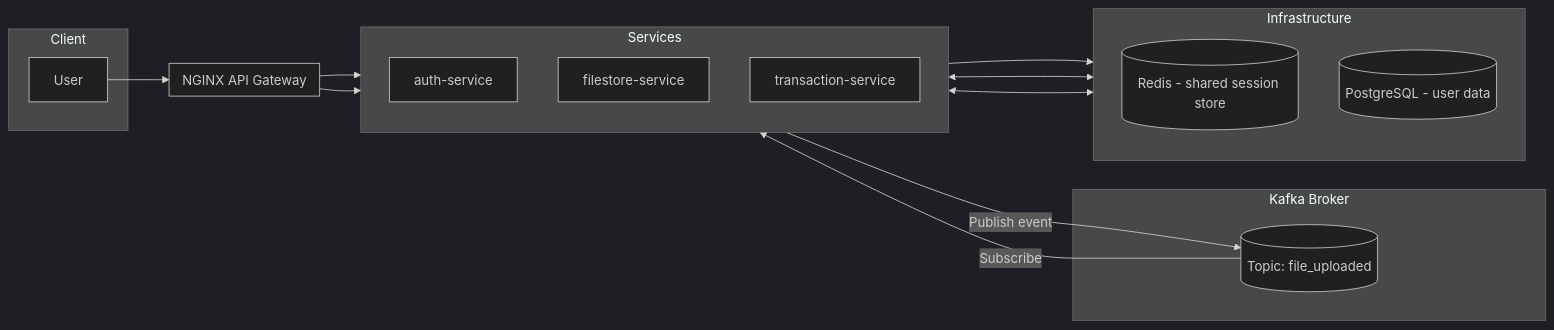
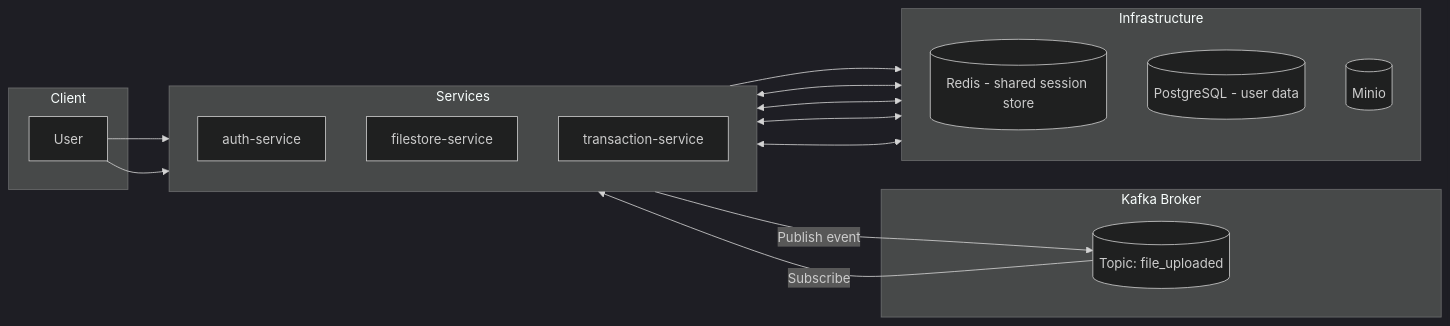
The diagram in README.MD (adjustmode1/bank-reconciliation-system), drawn with Mermaid (dark theme) before and after one commit. The commit also changed 1 other file, not shown here.

````diff
--- a/README.MD
+++ b/README.MD
@@ -1,43 +1,41 @@
 ```mermaid
 flowchart LR
     %% Top layer: Kafka
     subgraph Kafka["Kafka Broker"]
         K[(Topic: file_uploaded)]
     end
 
     %% Middle layer: Client + Gateway + Services
     subgraph Client
         U[User]
-    end
-
-    subgraph Gateway["NGINX API Gateway"]
-        direction TB
     end
 
     subgraph Services
         direction TB
         A[auth-service]
         F[filestore-service]
         T[transaction-service]
     end
 
     %% Bottom layer: Infrastructure
     subgraph Infra["Infrastructure"]
         direction TB
         R[(Redis - shared session store)]
         P[(PostgreSQL - user data)]
+        M[(Minio)]
     end
 
     %% Flows
-    U --> Gateway
-    Gateway --> A
-    Gateway --> F
+    U --> A
+    U --> F
 
     A --> P
     A <--> R
     F <--> R
+    F <--> M
+    T <--> P
 
     F -->|Publish event| K
     K -->|Subscribe| T
 
 ```
````
